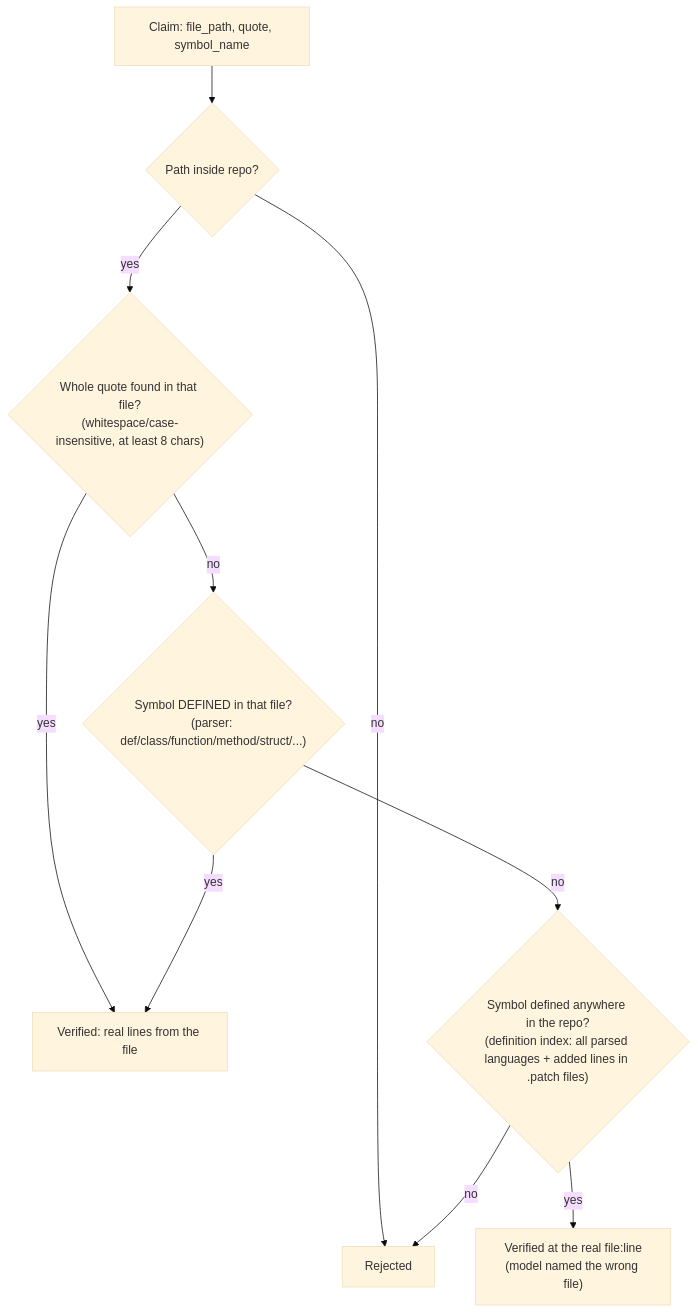
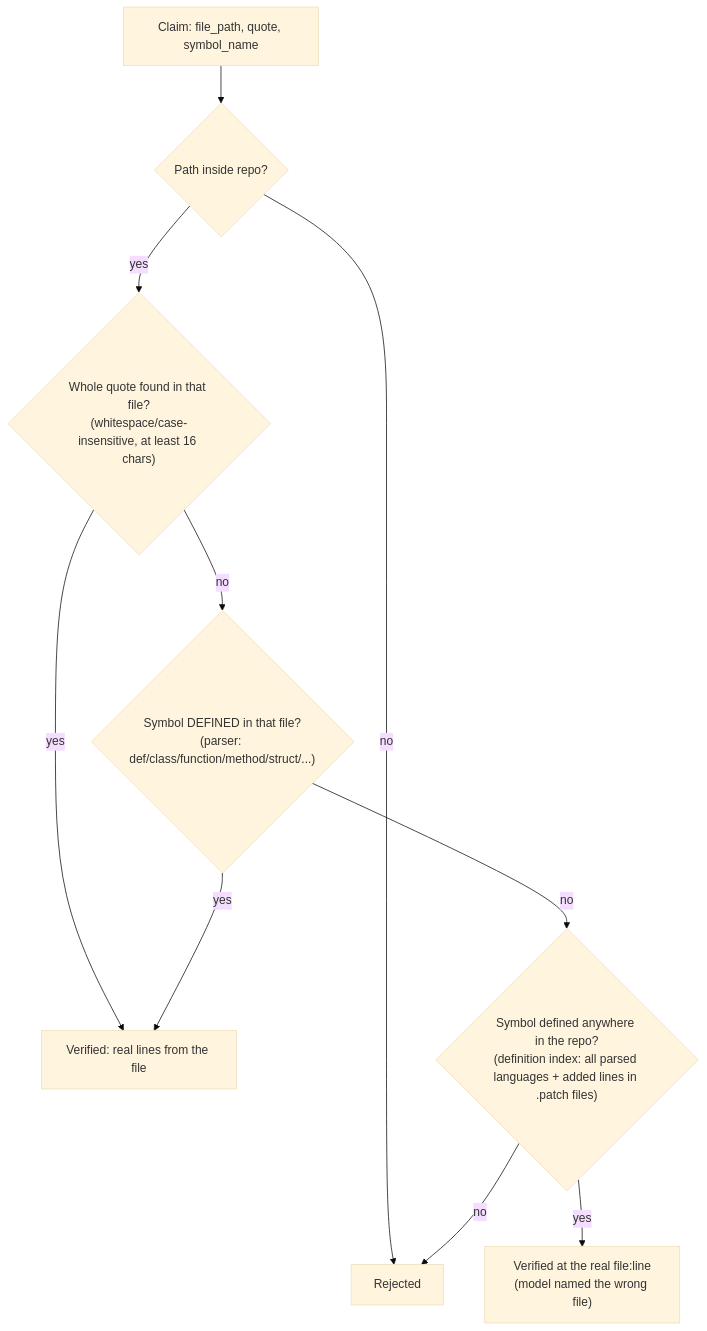
The sixth of 9 diagrams in docs/ARCHITECTURE.md (priteshvirat24/repo-intelligence), drawn with Mermaid (base theme) before and after one commit. The commit also changed other lines of this file and 1 other file, not shown here.

Commit message:
docs: GitHub-safe Mermaid syntax (pipe edge labels, no apostrophes, <br>)

````diff
--- a/docs/ARCHITECTURE.md
+++ b/docs/ARCHITECTURE.md
@@ -200,12 +200,12 @@
 ```mermaid
 flowchart TD
     E["Claim: file_path, quote, symbol_name"] --> P{"Path inside repo?"}
-    P -- no --> REJ["Rejected"]
-    P -- yes --> Q{"Whole quote found in that file?<br/>(whitespace/case-insensitive, at least 8 chars)"}
-    Q -- yes --> OK["Verified: real lines from the file"]
-    Q -- no --> S{"Symbol DEFINED in that file?<br/>(parser: def/class/function/method/struct/...)"}
-    S -- yes --> OK
-    S -- no --> R{"Symbol defined anywhere in the repo?<br/>(definition index: all parsed languages + added lines in .patch files)"}
-    R -- yes --> OK2["Verified at the real file:line<br/>(model named the wrong file)"]
-    R -- no --> REJ
+    P -->|no| REJ["Rejected"]
+    P -->|yes| Q{"Whole quote found in that file?<br>(whitespace/case-insensitive, at least 16 chars)"}
+    Q -->|yes| OK["Verified: real lines from the file"]
+    Q -->|no| S{"Symbol DEFINED in that file?<br>(parser: def/class/function/method/struct/...)"}
+    S -->|yes| OK
+    S -->|no| R{"Symbol defined anywhere in the repo?<br>(definition index: all parsed languages + added lines in .patch files)"}
+    R -->|yes| OK2["Verified at the real file:line<br>(model named the wrong file)"]
+    R -->|no| REJ
 ```
````
